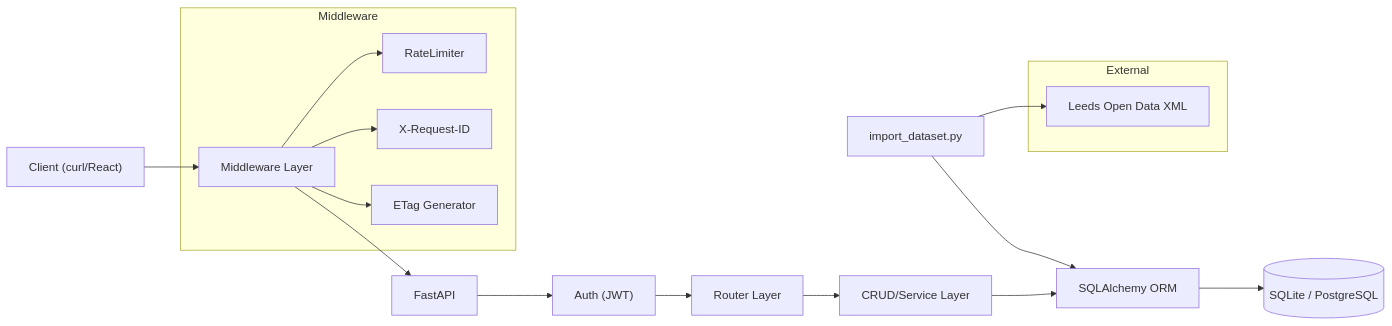
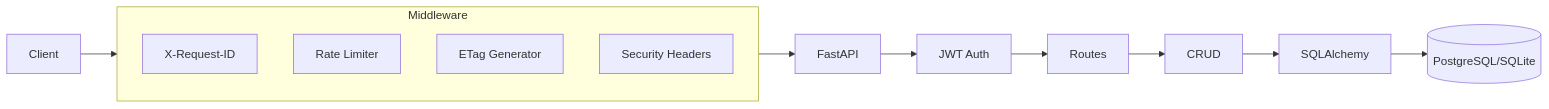
One commit to NathS04/comp3011-cw1-api changed the first of 2 diagrams in TECHNICAL_REPORT.md. Above: the diagram before and after it, drawn with Mermaid. The commit also changed other lines of this file, not shown here.

Commit message:
docs(report): sync ERD/security/testing + checklist

````diff
--- a/TECHNICAL_REPORT.md
+++ b/TECHNICAL_REPORT.md
@@ -75,23 +68,17 @@
 ```mermaid
 flowchart LR
-    Client["Client (curl/React)"] --> MW["Middleware Layer"]
-    MW --> FastAPI
-    FastAPI --> Auth["Auth (JWT)"]
-    Auth --> Routes["Router Layer"]
-    Routes --> CRUD["CRUD/Service Layer"]
-    CRUD --> ORM["SQLAlchemy ORM"]
-    ORM --> DB[(SQLite / PostgreSQL)]
+    Client --> Middleware
+    Middleware --> FastAPI
+    FastAPI --> Auth[JWT Auth]
+    Auth --> Routes
+    Routes --> CRUD
+    CRUD --> ORM[SQLAlchemy]
+    ORM --> DB[(PostgreSQL/SQLite)]
     
     subgraph Middleware
-        MW --> RateLimiter
-        MW --> RequestID["X-Request-ID"]
-        MW --> ETag["ETag Generator"]
+        ReqID[X-Request-ID]
+        RateLimit[Rate Limiter]
+        ETag[ETag Generator]
+        SecHeaders[Security Headers]
     end
-    
-    subgraph External
-        Leeds["Leeds Open Data XML"]
-    end
-    
-    ImportScript["import_dataset.py"] --> Leeds
-    ImportScript --> ORM
 ```
````
